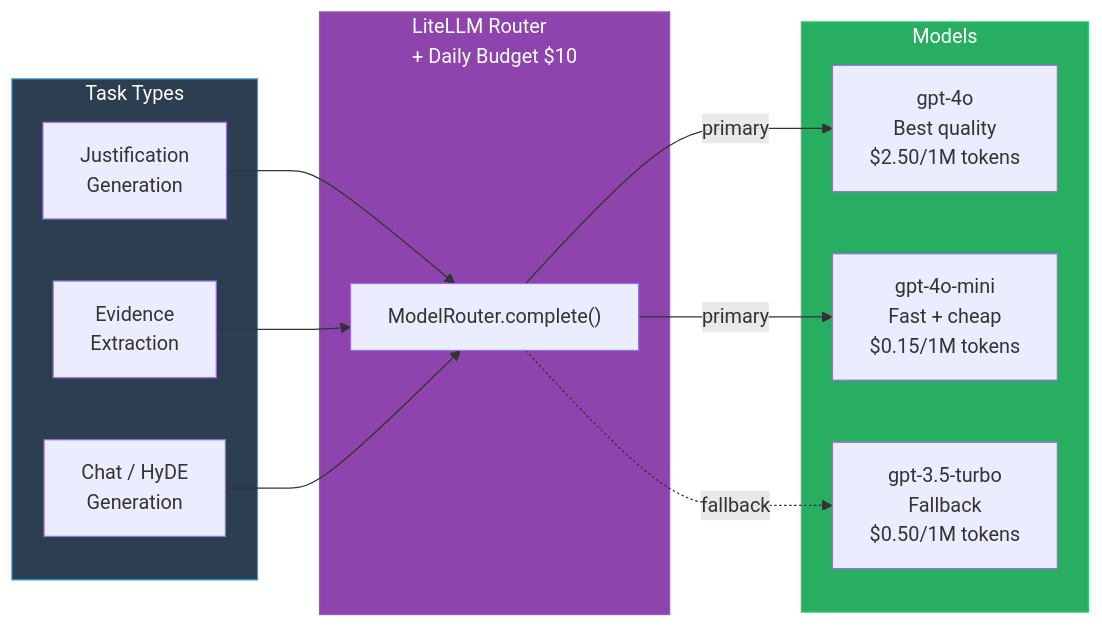
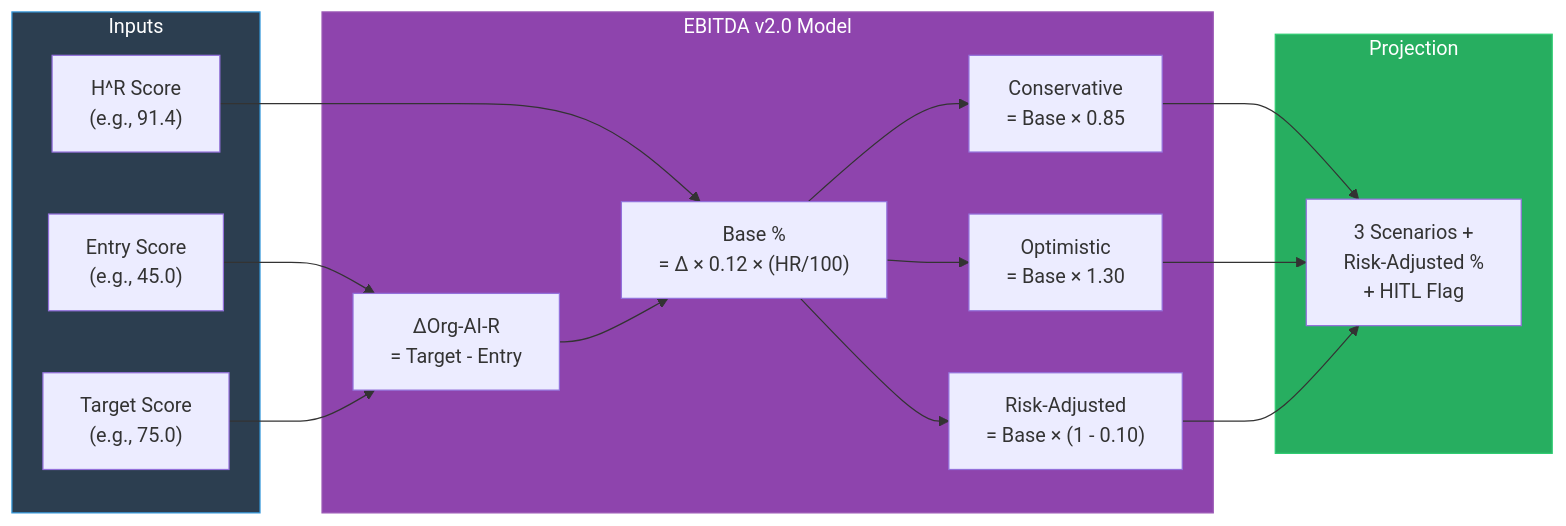
The fourth of 4 diagrams in README.md (BigDataIA-Spring26-Team-4/BigDataIA-SPring26-Team-4-case-study-5), drawn with Mermaid before and after one commit. The commit also changed other lines of this file, not shown here.

````diff
--- a/README.md
+++ b/README.md
@@ -259,30 +236,35 @@
 ```mermaid
 graph LR
-    subgraph Tasks["Task Types"]
-        T1["Justification<br/>Generation"]
-        T2["Evidence<br/>Extraction"]
-        T3["Chat / HyDE<br/>Generation"]
+    subgraph Inputs
+        ES["Entry Score<br/>(e.g., 45.0)"]
+        TS["Target Score<br/>(e.g., 75.0)"]
+        HR["H^R Score<br/>(e.g., 91.4)"]
     end
 
-    subgraph Router["LiteLLM Router<br/>+ Daily Budget $10"]
-        R["ModelRouter.complete()"]
+    subgraph Model["EBITDA v2.0 Model"]
+        DELTA["ΔOrg-AI-R<br/>= Target - Entry"]
+        BASE["Base %<br/>= Δ × 0.12 × (HR/100)"]
+        CON["Conservative<br/>= Base × 0.85"]
+        OPT["Optimistic<br/>= Base × 1.30"]
+        RISK["Risk-Adjusted<br/>= Base × (1 - 0.10)"]
     end
 
-    subgraph Models["Models"]
-        M1["gpt-4o<br/>Best quality<br/>$2.50/1M tokens"]
-        M2["gpt-4o-mini<br/>Fast + cheap<br/>$0.15/1M tokens"]
-        M3["gpt-3.5-turbo<br/>Fallback<br/>$0.50/1M tokens"]
+    subgraph Output["Projection"]
+        RESULT["3 Scenarios +<br/>Risk-Adjusted %<br/>+ HITL Flag"]
     end
 
-    T1 --> R
-    T2 --> R
-    T3 --> R
+    ES --> DELTA
+    TS --> DELTA
+    HR --> BASE
+    DELTA --> BASE
+    BASE --> CON
+    BASE --> OPT
+    BASE --> RISK
+    CON --> RESULT
+    OPT --> RESULT
+    RISK --> RESULT
 
-    R -->|"primary"| M1
-    R -->|"primary"| M2
-    R -.->|"fallback"| M3
-
-    style Tasks fill:#2c3e50,stroke:#3498db,color:#fff
-    style Router fill:#8e44ad,stroke:#9b59b6,color:#fff
-    style Models fill:#27ae60,stroke:#2ecc71,color:#fff
+    style Inputs fill:#2c3e50,stroke:#3498db,color:#fff
+    style Model fill:#8e44ad,stroke:#9b59b6,color:#fff
+    style Output fill:#27ae60,stroke:#2ecc71,color:#fff
 ```
````
